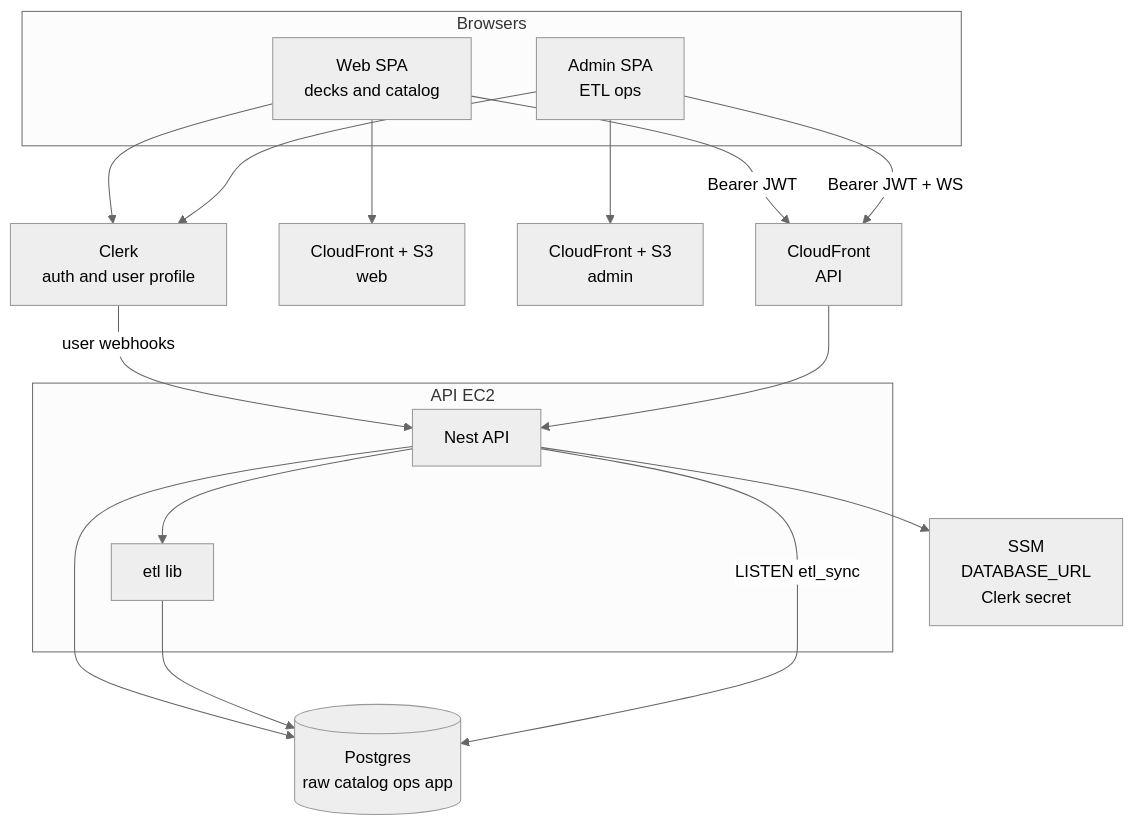
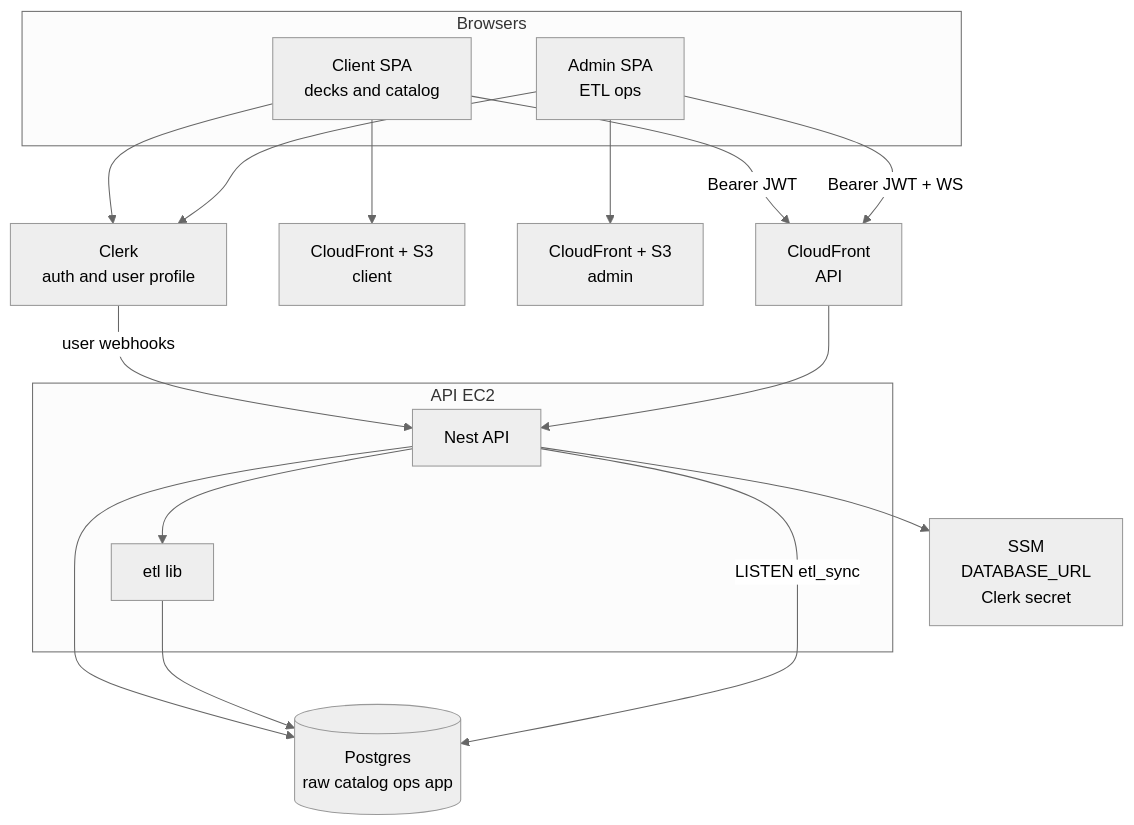
Before and after one commit to kevinmccartney/respark: the diagram in docs/diagrams/system.mmd, drawn with Mermaid (neutral theme). The commit also changed 89 other files, not shown here.

Commit message:
refactor: rename web/ui to client

```diff
--- a/docs/diagrams/system.mmd
+++ b/docs/diagrams/system.mmd
@@ -1,32 +1,32 @@
 flowchart TB
   subgraph clients [Browsers]
-    Web["Web SPA<br/>decks and catalog"]
+    Client["Client SPA<br/>decks and catalog"]
     Admin["Admin SPA<br/>ETL ops"]
   end
 
   Clerk["Clerk<br/>auth and user profile"]
-  CFWeb["CloudFront + S3<br/>web"]
+  CFClient["CloudFront + S3<br/>client"]
   CFAdmin["CloudFront + S3<br/>admin"]
   CFApi["CloudFront<br/>API"]
 
   subgraph apiHost [API EC2]
     Nest["Nest API"]
     EtlLib["etl lib"]
   end
 
   RDS[("Postgres<br/>raw catalog ops app")]
   SSM["SSM<br/>DATABASE_URL<br/>Clerk secret"]
 
-  Web --> CFWeb
+  Client --> CFClient
   Admin --> CFAdmin
-  Web -->|"Bearer JWT"| CFApi
+  Client -->|"Bearer JWT"| CFApi
   Admin -->|"Bearer JWT + WS"| CFApi
   Clerk -->|"user webhooks"| Nest
-  Web --> Clerk
+  Client --> Clerk
   Admin --> Clerk
   CFApi --> Nest
   Nest --> EtlLib
   Nest --> RDS
   EtlLib --> RDS
   Nest --> SSM
   Nest -->|"LISTEN etl_sync"| RDS
```
